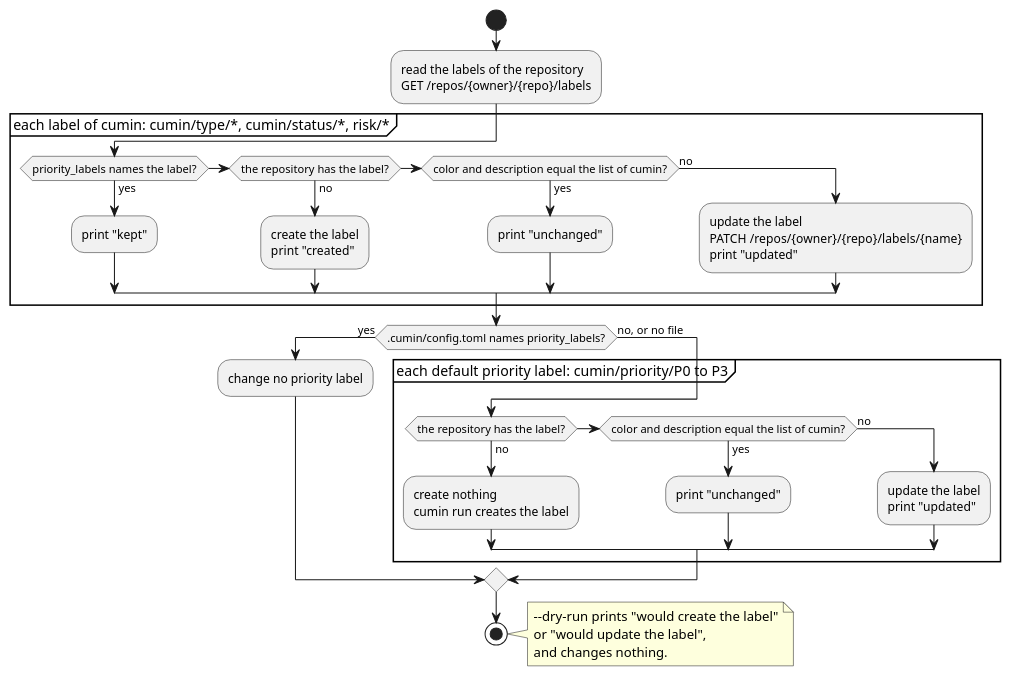
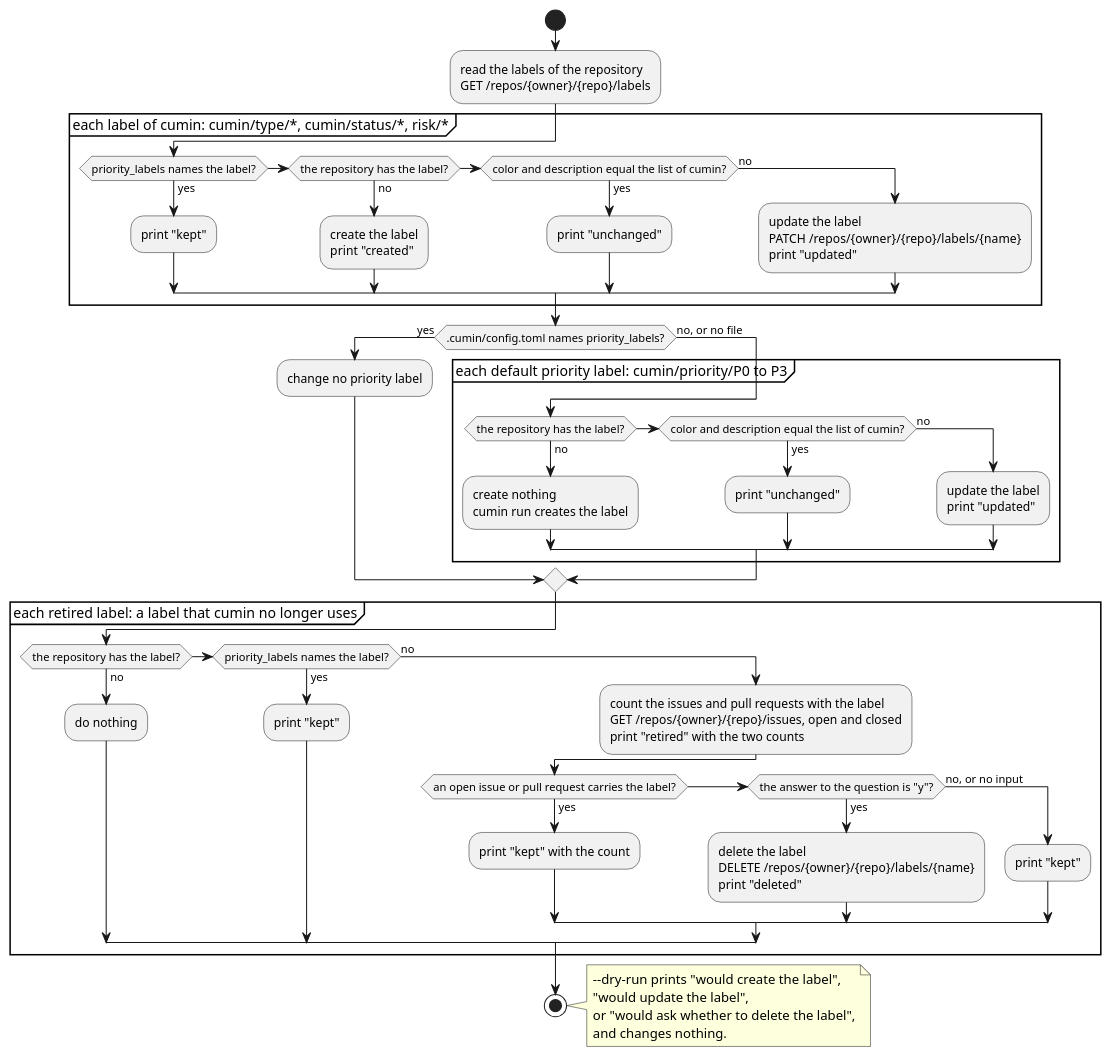
One commit to cloveclovedev/cumin-works changed the diagram in docs/ja/development/setup-repo-labels.puml. Above: the diagram before and after it, drawn with PlantUML. The commit also changed 5 other files, not shown here.

First line of the commit message:
feat(scripts): delete the retired labels of cumin after a question (#764)

```diff
--- a/docs/ja/development/setup-repo-labels.puml
+++ b/docs/ja/development/setup-repo-labels.puml
@@ -1,41 +1,58 @@
 @startuml setup-repo-labels
 ' cumin works - the labels step of scripts/setup-repo.sh: what the script does with each label.
-' Document: setup-guide.md, step 3 (prepare the repository), items 3 and 4.
+' Document: setup-guide.md, step 3 (prepare the repository), items 3 to 5.
 ' Render: run scripts/render-diagrams.sh at the root of the repository.
 skinparam shadowing false
 skinparam defaultFontName sans-serif
 
 start
 :read the labels of the repository\nGET /repos/{owner}/{repo}/labels;
 partition "each label of cumin: cumin/type/*, cumin/status/*, risk/*" {
   if (priority_labels names the label?) then (yes)
     :print "kept";
   elseif (the repository has the label?) then (no)
     :create the label\nprint "created";
   elseif (color and description equal the list of cumin?) then (yes)
     :print "unchanged";
   else (no)
     :update the label\nPATCH /repos/{owner}/{repo}/labels/{name}\nprint "updated";
   endif
 }
 if (.cumin/config.toml names priority_labels?) then (yes)
   :change no priority label;
 else (no, or no file)
   partition "each default priority label: cumin/priority/P0 to P3" {
     if (the repository has the label?) then (no)
       :create nothing\ncumin run creates the label;
     elseif (color and description equal the list of cumin?) then (yes)
       :print "unchanged";
     else (no)
       :update the label\nprint "updated";
     endif
   }
 endif
+partition "each retired label: a label that cumin no longer uses" {
+  if (the repository has the label?) then (no)
+    :do nothing;
+  elseif (priority_labels names the label?) then (yes)
+    :print "kept";
+  else (no)
+    :count the issues and pull requests with the label\nGET /repos/{owner}/{repo}/issues, open and closed\nprint "retired" with the two counts;
+    if (an open issue or pull request carries the label?) then (yes)
+      :print "kept" with the count;
+    elseif (the answer to the question is "y"?) then (yes)
+      :delete the label\nDELETE /repos/{owner}/{repo}/labels/{name}\nprint "deleted";
+    else (no, or no input)
+      :print "kept";
+    endif
+  endif
+}
 stop
 
 note right
-  --dry-run prints "would create the label"
-  or "would update the label",
+  --dry-run prints "would create the label",
+  "would update the label",
+  or "would ask whether to delete the label",
   and changes nothing.
 end note
 @enduml
```
